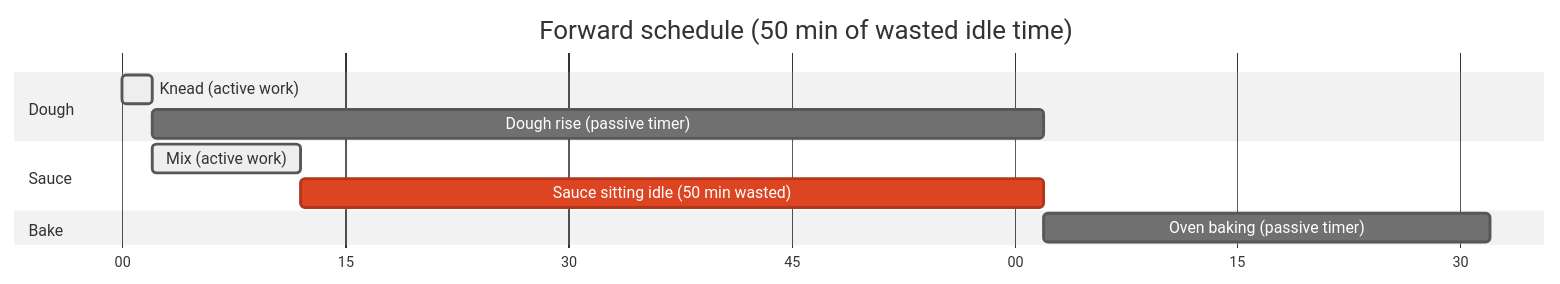
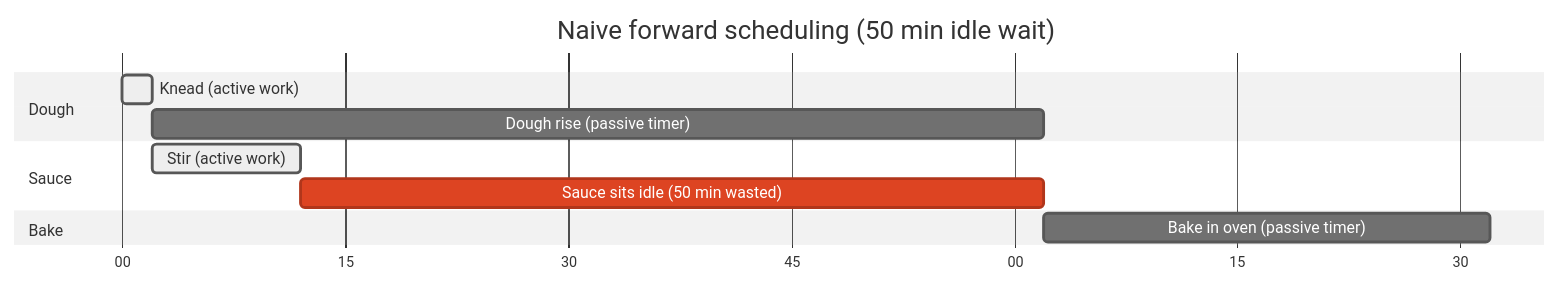
One commit to gram-lang/gram changed the first of 3 diagrams in packages/docs/src/content/docs/docs/explanation/alap-scheduling.mdx. Above: the diagram before and after it, drawn with Mermaid (neutral theme). The commit also changed other lines of this file and 23 other files, not shown here.

````diff
--- a/packages/docs/src/content/docs/docs/explanation/alap-scheduling.mdx
+++ b/packages/docs/src/content/docs/docs/explanation/alap-scheduling.mdx
@@ -28,17 +28,17 @@
 ```mermaid
 gantt
-    title Forward schedule (50 min of wasted idle time)
+    title Naive forward scheduling (50 min idle wait)
     dateFormat  m
     axisFormat %M
     
     section Dough
     Knead (active work)                 : active, a1, 0, 2m
     Dough rise (passive timer)          : a2, after a1, 60m
     
     section Sauce
-    Mix (active work)                   : active, a3, after a1, 10m
-    Sauce sitting idle (50 min wasted)  : crit, a4, after a3, 50m
+    Stir (active work)                  : active, a3, after a1, 10m
+    Sauce sits idle (50 min wasted)     : crit, a4, after a3, 50m
     
     section Bake
-    Oven baking (passive timer)         : a5, after a2, 30m
+    Bake in oven (passive timer)        : a5, after a2, 30m
 ```
````
